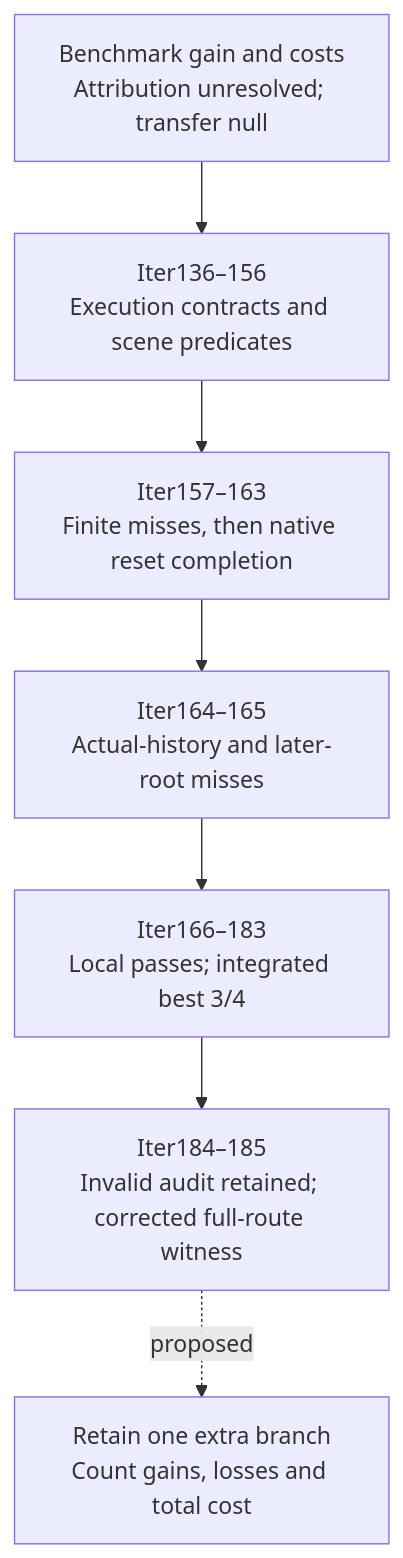
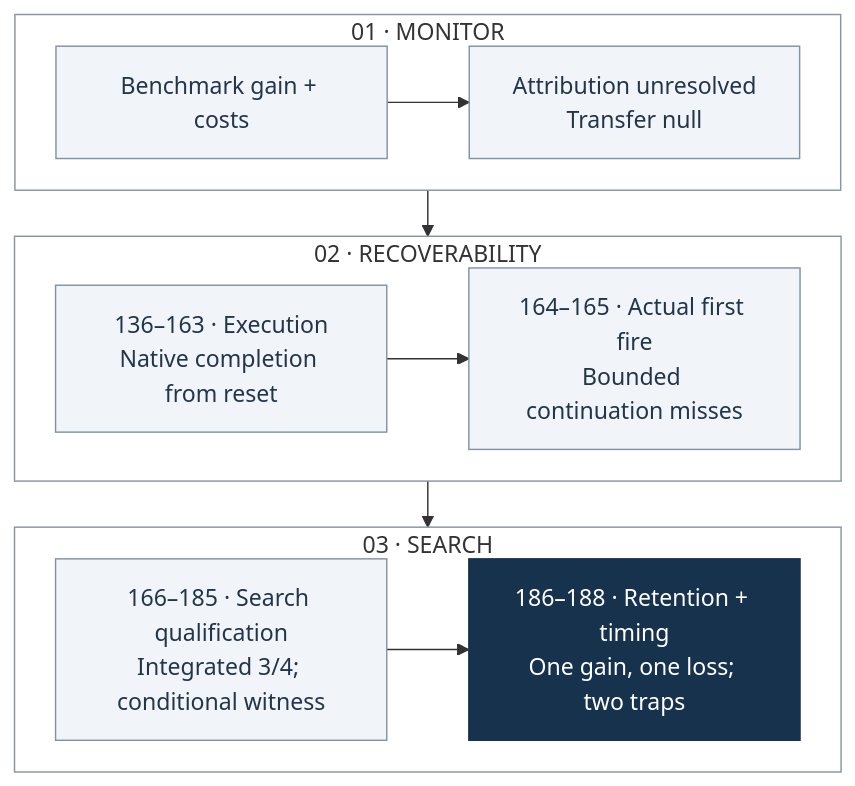
One commit to manfromnowhere143/sentinel changed the third of 4 diagrams in README.md. Above: the diagram before and after it, drawn with Mermaid. The commit also changed other lines of this file and 55 other files, not shown here.

Commit message:
Close early timing audit and redesign the README engine and progress diagrams

````diff
--- a/README.md
+++ b/README.md
@@ -250,11 +305,32 @@
 ```mermaid
+---
+config:
+  flowchart:
+    curve: linear
+    nodeSpacing: 24
+    wrappingWidth: 170
+    rankSpacing: 32
+---
 flowchart TB
-  accTitle: How the research question changed
-  accDescr: Gains and failures lead to execution checks, recovery qualification and a prospective retention test.
-  N["Benchmark gain and costs<br/>Attribution unresolved; transfer null"] --> E["Iter136–156<br/>Execution contracts and scene predicates"]
-  E --> R["Iter157–163<br/>Finite misses, then native reset completion"]
-  R --> H["Iter164–165<br/>Actual-history and later-root misses"]
-  H --> Q["Iter166–183<br/>Local passes; integrated best 3/4"]
-  Q --> A["Iter184–185<br/>Invalid audit retained; corrected full-route witness"]
-  A -. "proposed" .-> P["Retain one extra branch<br/>Count gains, losses and total cost"]
+  accTitle: Research progress through Iter188
+  accDescr: Three phases preserve gains and failures. First-fire recovery remains open.
+  subgraph A["01 · MONITOR"]
+    direction LR
+    N["Benchmark gain + costs"] --> T["Attribution unresolved<br/>Transfer null"]
+  end
+  subgraph B["02 · RECOVERABILITY"]
+    direction LR
+    E["136–163 · Execution<br/>Native completion from reset"] --> H["164–165 · Actual first fire<br/>Bounded continuation misses"]
+  end
+  subgraph C["03 · SEARCH"]
+    direction LR
+    Q["166–185 · Search qualification<br/>Integrated 3/4; conditional witness"] --> R["186–188 · Retention + timing<br/>One gain, one loss; two traps"]
+  end
+  A --> B --> C
+  classDef default fill:#f1f5f9,stroke:#8293a6,color:#23354a;
+  classDef focus fill:#17324d,stroke:#17324d,color:#fff;
+  class R focus;
+  style A fill:transparent,stroke:#8595a5
+  style B fill:transparent,stroke:#8595a5
+  style C fill:transparent,stroke:#8595a5
 ```
````
